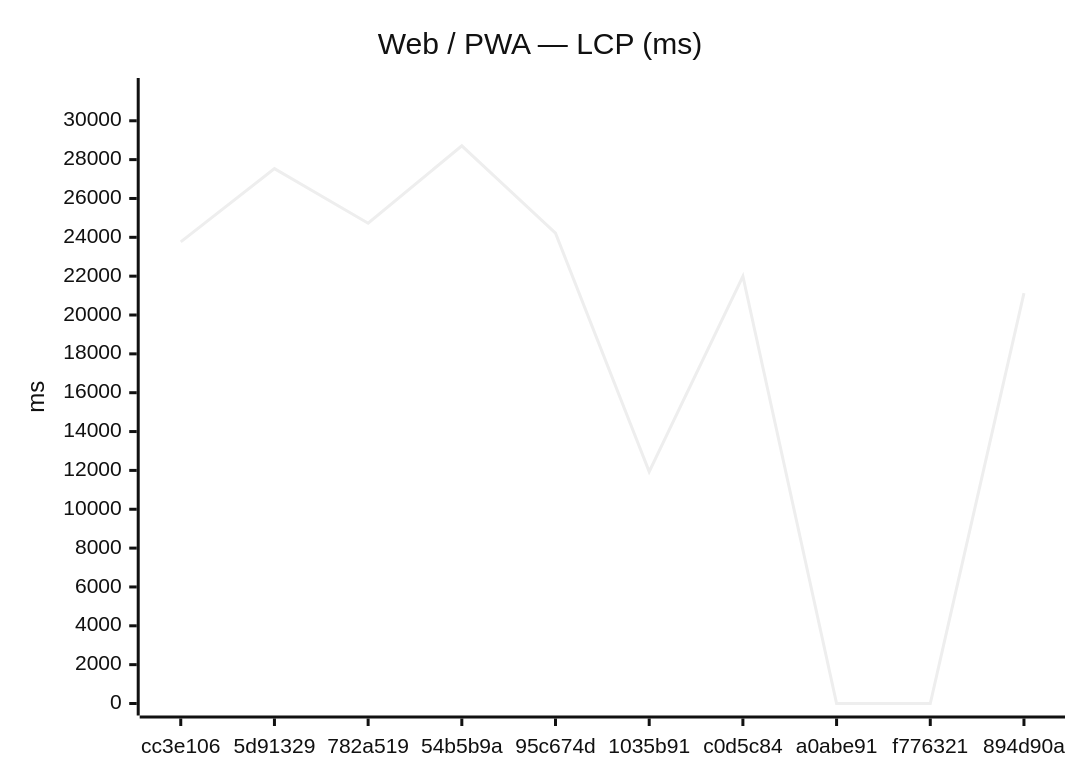
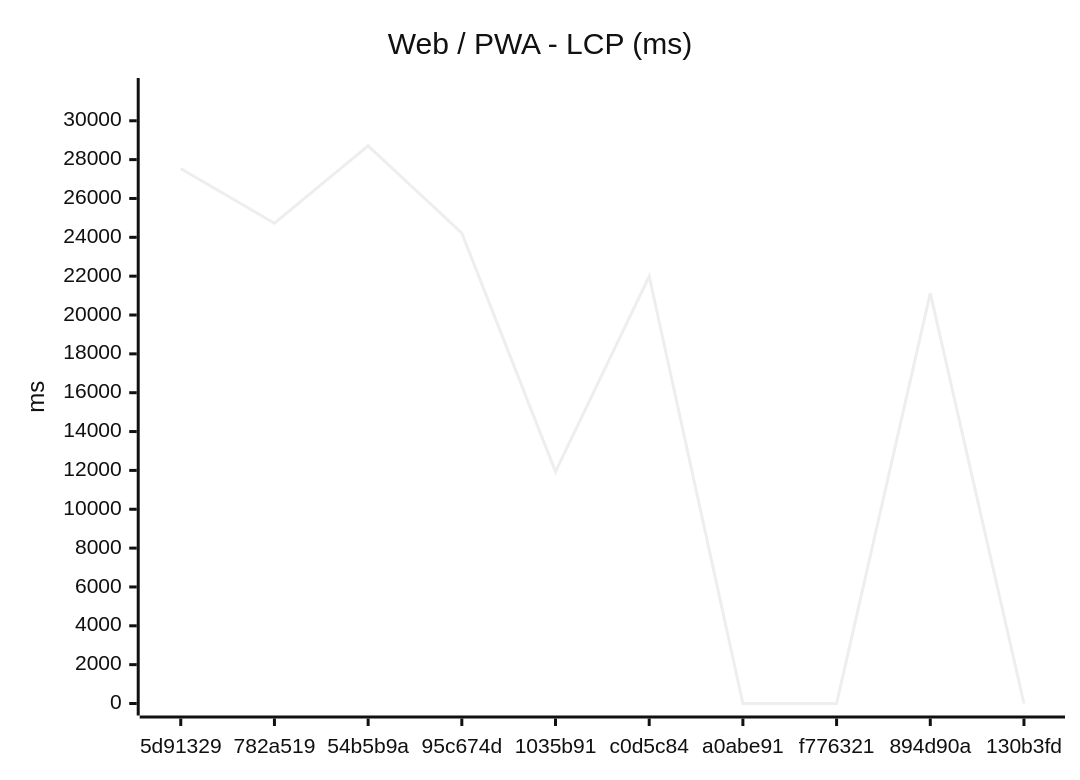
The first of 18 diagrams in benchmarks/compare.md (Metaheurist/Rianell), drawn with Mermaid (neutral theme) before and after one commit. The commit also changed other lines of this file and 294 other files, not shown here.

````diff
--- a/benchmarks/compare.md
+++ b/benchmarks/compare.md
@@ -24,7 +24,7 @@
 ```mermaid
 xychart-beta
-    title "Web / PWA — LCP (ms)"
-    x-axis ["cc3e106", "5d91329", "782a519", "54b5b9a", "95c674d", "1035b91", "c0d5c84", "a0abe91", "f776321", "894d90a"]
+    title "Web / PWA - LCP (ms)"
+    x-axis ["5d91329", "782a519", "54b5b9a", "95c674d", "1035b91", "c0d5c84", "a0abe91", "f776321", "894d90a", "130b3fd"]
     y-axis "ms" 0 --> 31584
-    line [23765, 27536, 24725, 28712, 24213, 11936, 21994, 0, 0, 21131]
+    line [27536, 24725, 28712, 24213, 11936, 21994, 0, 0, 21131, 0]
 ```
````
